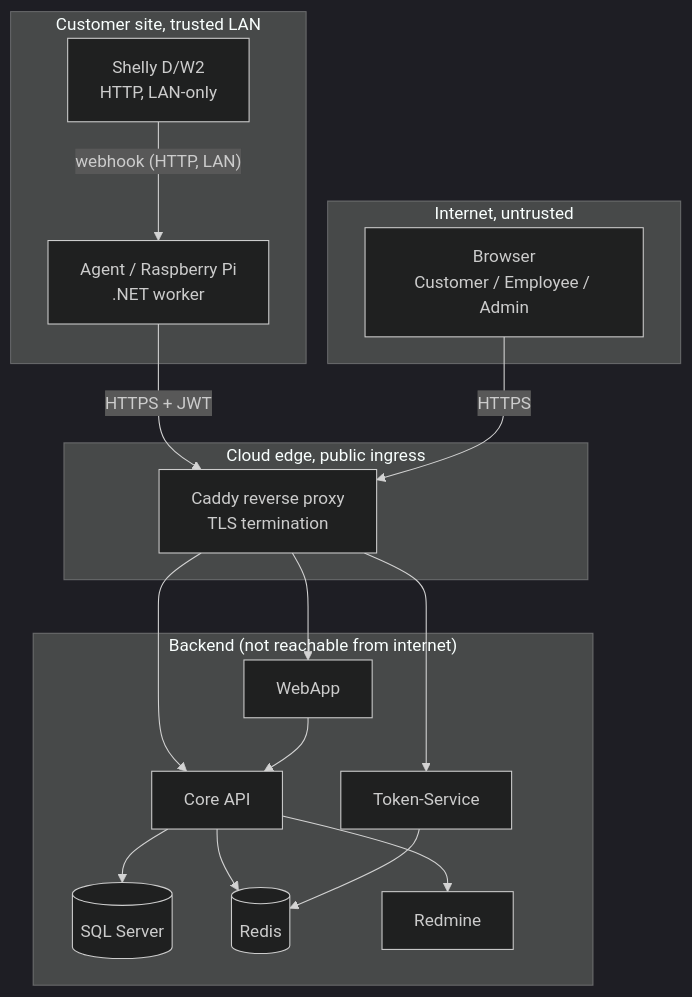
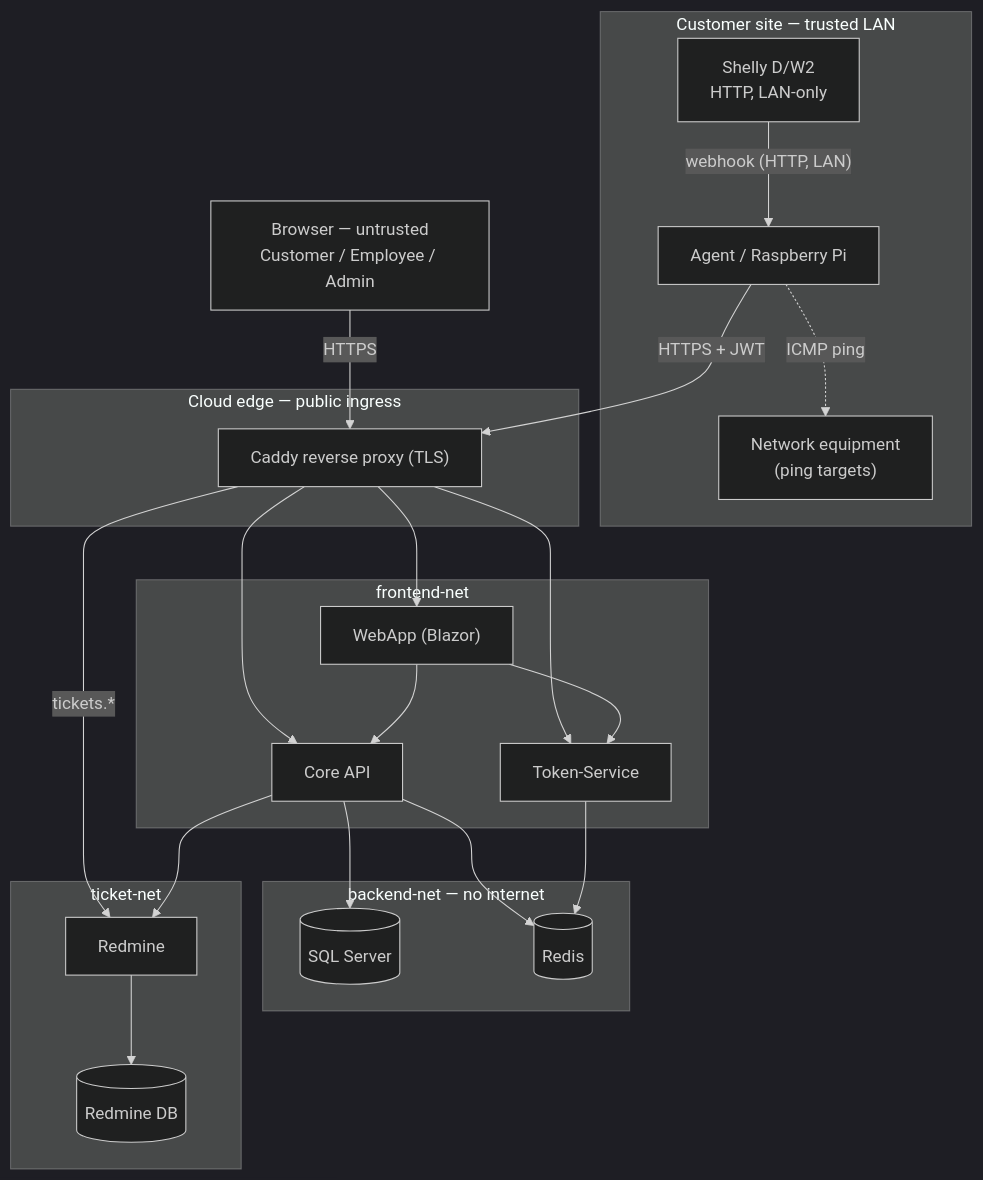
Before and after one commit to vl43den/shellyspotter: the diagram in docs/threat-model.md, drawn with Mermaid (dark theme). The commit also changed other lines of this file, not shown here.

````diff
--- a/docs/threat-model.md
+++ b/docs/threat-model.md
@@ -28,38 +29,46 @@
 ```mermaid
 flowchart TB
-    subgraph CUST[" Customer site, trusted LAN"]
+    subgraph CUST["Customer site — trusted LAN"]
         SHELLY["Shelly D/W2<br/>HTTP, LAN-only"]
-        AGENT["Agent / Raspberry Pi<br/>.NET worker"]
+        AGENT["Agent / Raspberry Pi"]
+        NET["Network equipment<br/>(ping targets)"]
     end
 
-    subgraph INET[" Internet, untrusted"]
-        USER["Browser<br/>Customer / Employee / Admin"]
+    USER["Browser — untrusted<br/>Customer / Employee / Admin"]
+
+    subgraph EDGE["Cloud edge — public ingress"]
+        CADDY["Caddy reverse proxy (TLS)"]
     end
 
-    subgraph EDGE[" Cloud edge, public ingress"]
-        CADDY["Caddy reverse proxy<br/>TLS termination"]
+    subgraph FRONT["frontend-net"]
+        WEB["WebApp (Blazor)"]
+        CORE["Core API"]
+        TOK["Token-Service"]
     end
 
-    subgraph BACK["Backend (not reachable from internet)"]
-        WEB["WebApp"]
-        CORE["Core API"]
-        TOK["Token-Service"]
+    subgraph BACKNET["backend-net — no internet"]
         DB[("SQL Server")]
         REDIS[("Redis")]
-        REDM["Redmine"]
     end
 
-    USER["Browser<br/>Customer / Employee / Admin"]
+    subgraph TICKET["ticket-net"]
+        REDM["Redmine"]
+        RDB[("Redmine DB")]
+    end
 
+    AGENT -.->|ICMP ping| NET
     SHELLY -->|"webhook (HTTP, LAN)"| AGENT
-    AGENT  -->|"HTTPS + JWT"| CADDY
-    USER   -->|HTTPS| CADDY
-    CADDY  --> WEB
-    CADDY  --> CORE
-    CADDY  --> TOK
+    AGENT -->|"HTTPS + JWT"| CADDY
+    USER -->|HTTPS| CADDY
+    CADDY --> WEB
+    CADDY --> CORE
+    CADDY --> TOK
+    CADDY -->|"tickets.*"| REDM
     WEB --> CORE
+    WEB --> TOK
     CORE --> DB
     CORE --> REDIS
     CORE --> REDM
-    TOK  --> REDIS
+    TOK --> REDIS
+    REDM --> RDB
 ```
````
